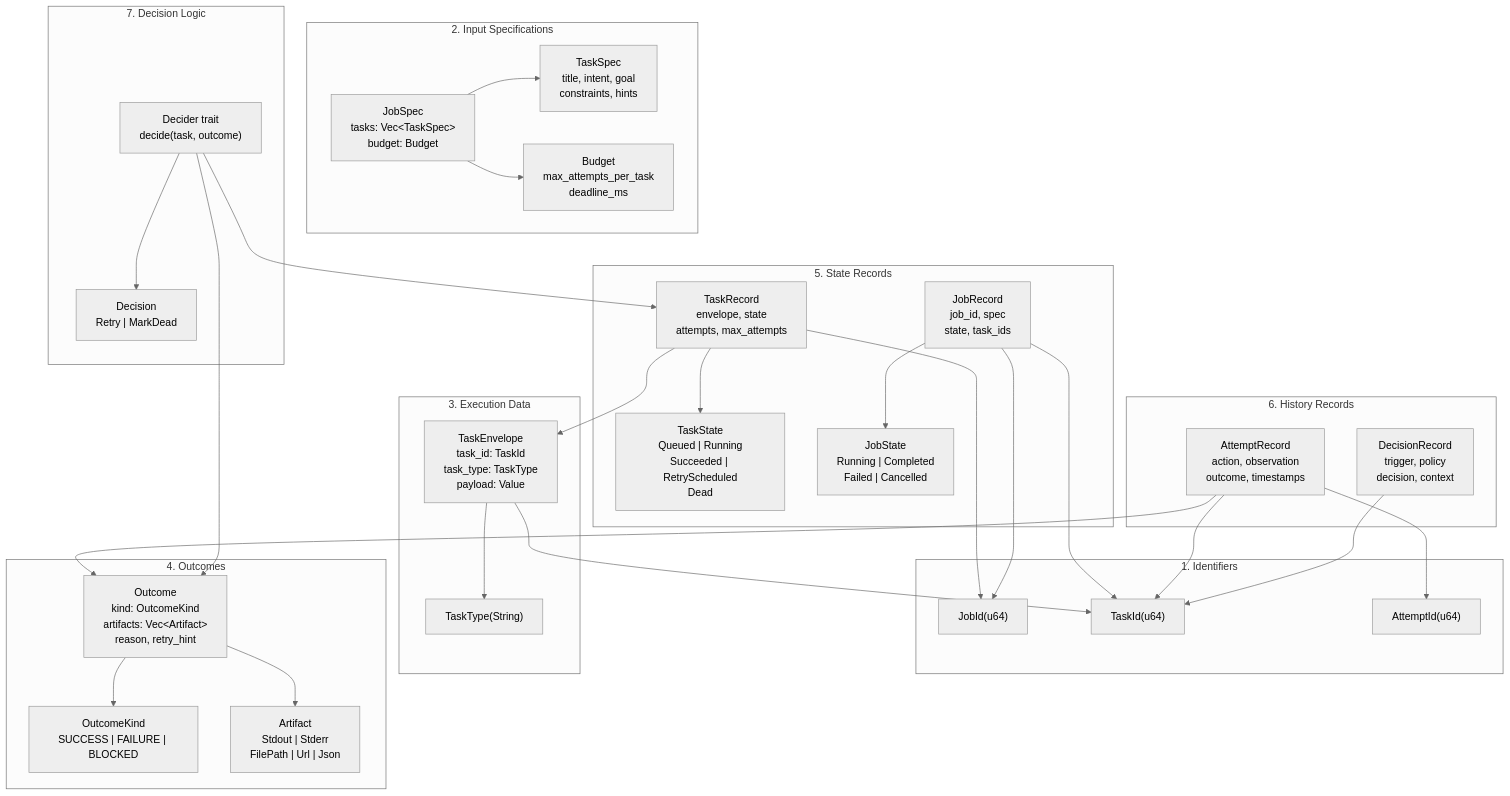
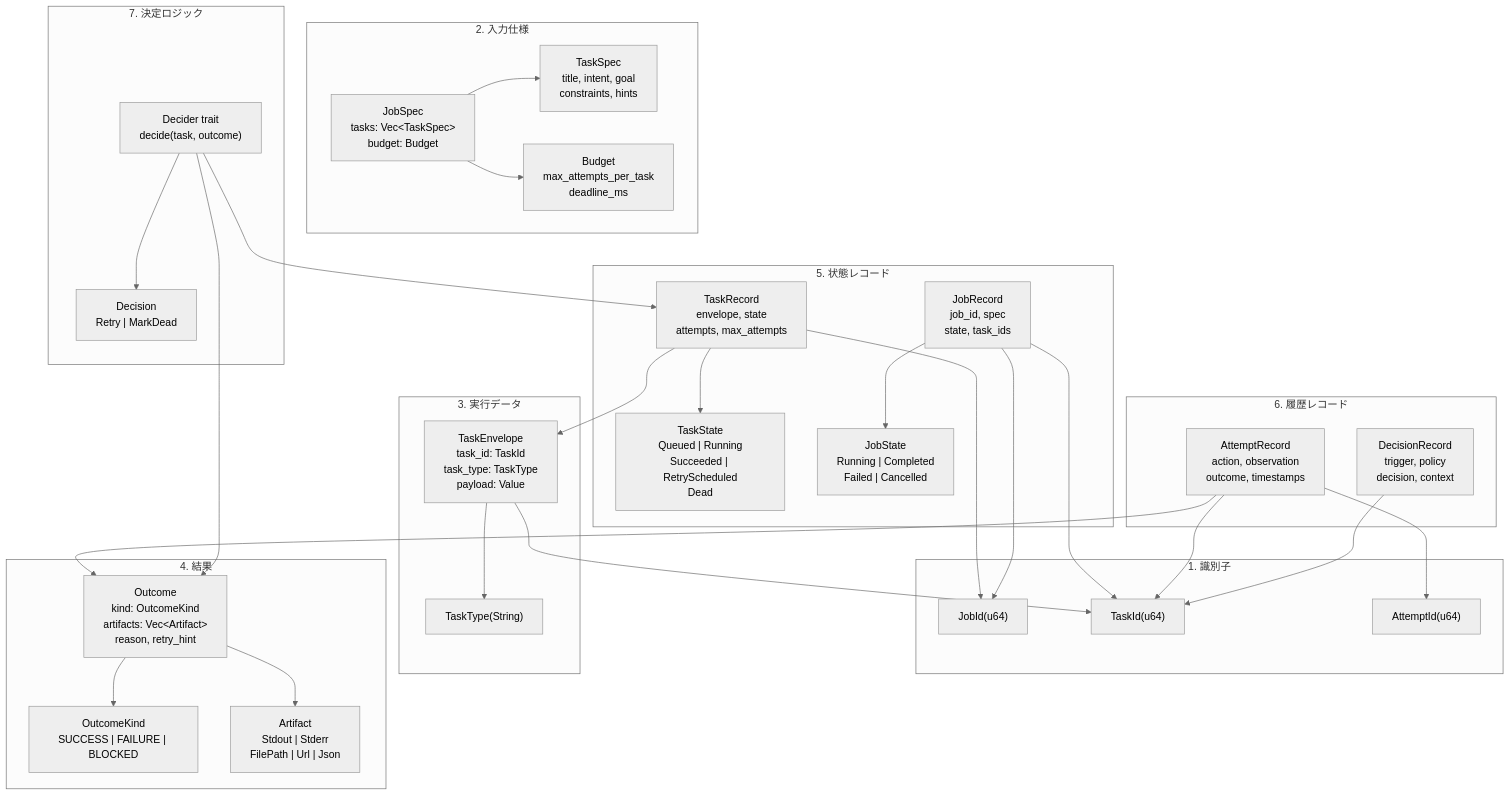
Before and after one commit to kamojiro/weaver: the first of 5 diagrams in dev/docs/architecture/README.md, drawn with Mermaid (neutral theme). The commit also changed other lines of this file and 2 other files, not shown here.

````diff
--- a/dev/docs/architecture/README.md
+++ b/dev/docs/architecture/README.md
@@ -90,62 +90,62 @@
 ```mermaid
 graph TB
-    subgraph "1. Identifiers"
+    subgraph "1. 識別子"
         JobId["JobId(u64)"]
         TaskId["TaskId(u64)"]
         AttemptId["AttemptId(u64)"]
     end
 
-    subgraph "2. Input Specifications"
+    subgraph "2. 入力仕様"
         JobSpec["JobSpec<br/>tasks: Vec&lt;TaskSpec&gt;<br/>budget: Budget"]
         TaskSpec["TaskSpec<br/>title, intent, goal<br/>constraints, hints"]
         Budget["Budget<br/>max_attempts_per_task<br/>deadline_ms"]
     end
 
-    subgraph "3. Execution Data"
+    subgraph "3. 実行データ"
         TaskEnvelope["TaskEnvelope<br/>task_id: TaskId<br/>task_type: TaskType<br/>payload: Value"]
         TaskType["TaskType(String)"]
     end
 
-    subgraph "4. Outcomes"
+    subgraph "4. 結果"
         Outcome["Outcome<br/>kind: OutcomeKind<br/>artifacts: Vec&lt;Artifact&gt;<br/>reason, retry_hint"]
         OutcomeKind["OutcomeKind<br/>SUCCESS | FAILURE | BLOCKED"]
         Artifact["Artifact<br/>Stdout | Stderr<br/>FilePath | Url | Json"]
     end
 
-    subgraph "5. State Records"
+    subgraph "5. 状態レコード"
         TaskRecord["TaskRecord<br/>envelope, state<br/>attempts, max_attempts"]
         TaskState["TaskState<br/>Queued | Running<br/>Succeeded | RetryScheduled<br/>Dead"]
         JobRecord["JobRecord<br/>job_id, spec<br/>state, task_ids"]
         JobState["JobState<br/>Running | Completed<br/>Failed | Cancelled"]
     end
 
-    subgraph "6. History Records"
+    subgraph "6. 履歴レコード"
         AttemptRecord["AttemptRecord<br/>action, observation<br/>outcome, timestamps"]
         DecisionRecord["DecisionRecord<br/>trigger, policy<br/>decision, context"]
     end
 
-    subgraph "7. Decision Logic"
+    subgraph "7. 決定ロジック"
         Decision["Decision<br/>Retry | MarkDead"]
         Decider["Decider trait<br/>decide(task, outcome)"]
     end
 
     JobSpec --> TaskSpec
     JobSpec --> Budget
     TaskRecord --> TaskEnvelope
     TaskRecord --> TaskState
     TaskRecord --> JobId
     TaskEnvelope --> TaskId
     TaskEnvelope --> TaskType
     Outcome --> OutcomeKind
     Outcome --> Artifact
     JobRecord --> JobId
     JobRecord --> JobState
     JobRecord --> TaskId
     AttemptRecord --> TaskId
     AttemptRecord --> AttemptId
     AttemptRecord --> Outcome
     DecisionRecord --> TaskId
     Decider --> Decision
     Decider --> TaskRecord
     Decider --> Outcome
 ```
````
